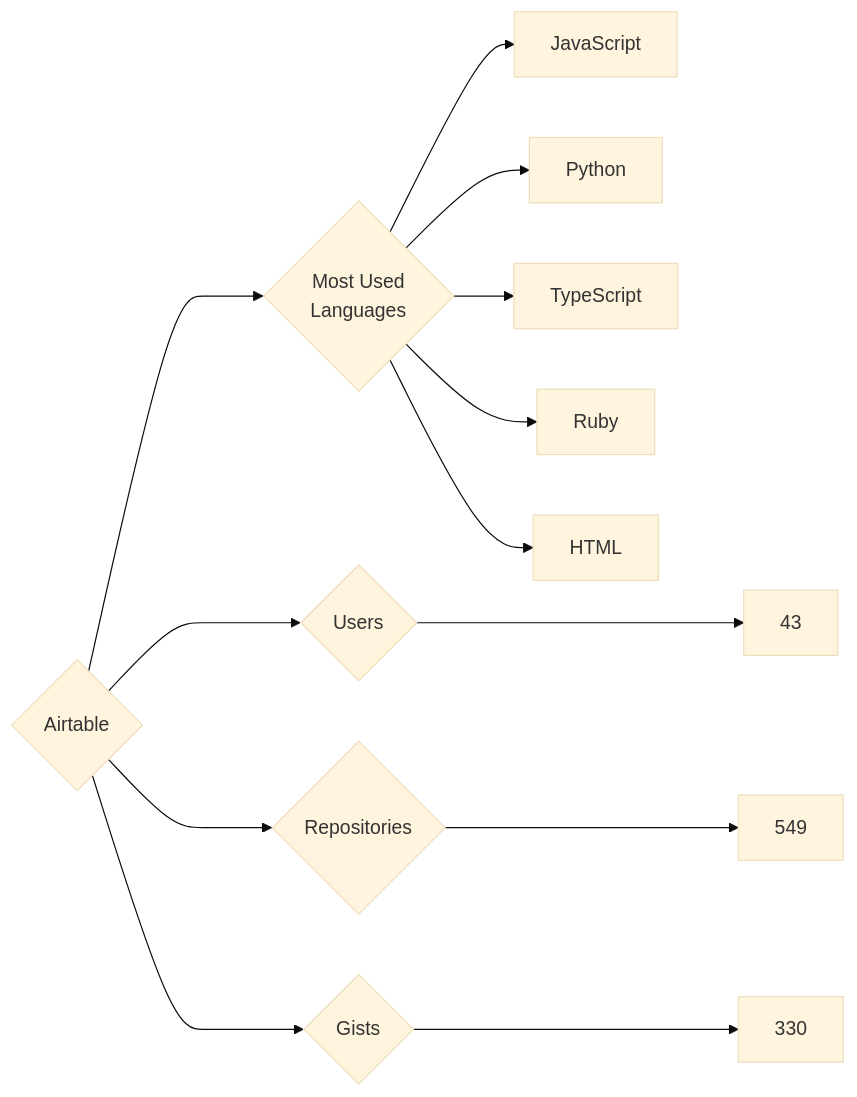
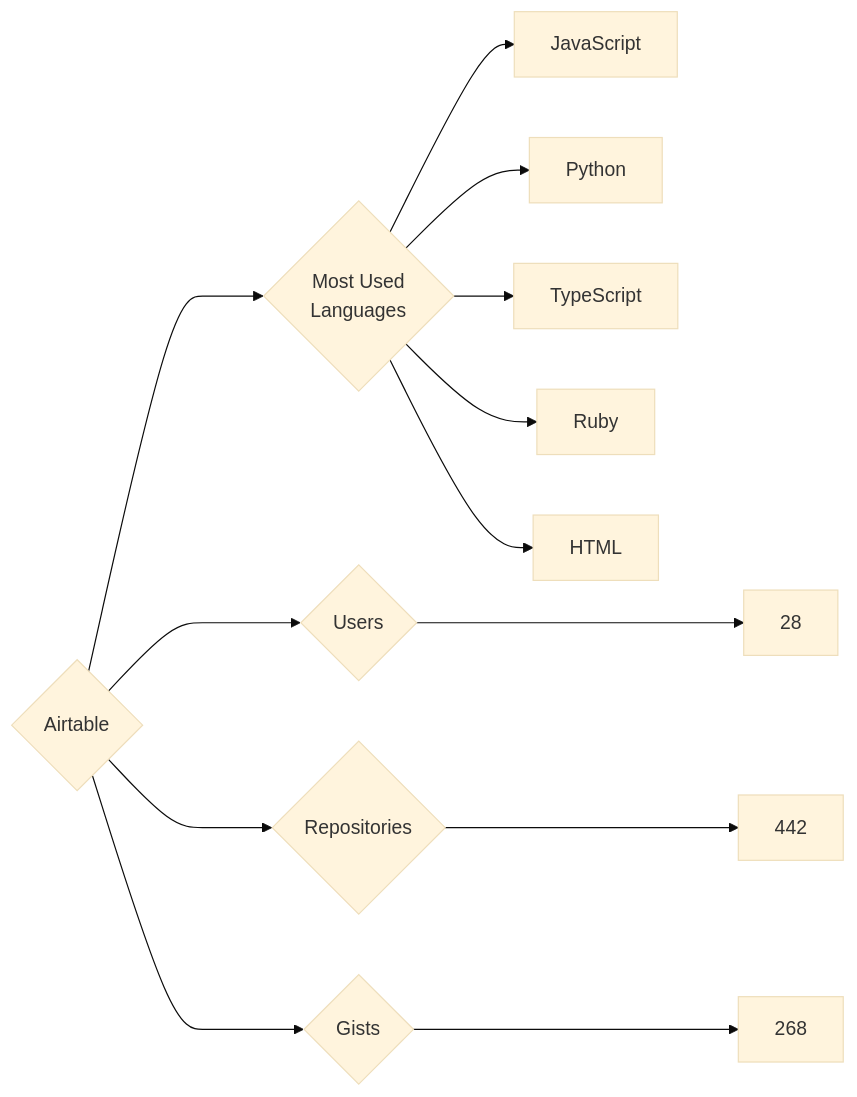
The diagram in targets/Airtable/README.md (trickest/insiders), drawn with Mermaid (base theme) before and after one commit. The commit also changed 715 other files, not shown here.

````diff
--- a/targets/Airtable/README.md
+++ b/targets/Airtable/README.md
@@ -3,13 +3,13 @@
 ```mermaid
 graph LR
 COMPANY_NAME{Airtable}
-COMPANY_NAME ---> U{Users} ---> UN[43]
-COMPANY_NAME ---> R{Repositories} ---> RN[549]
-COMPANY_NAME ---> G{Gists} ---> GN[330]
+COMPANY_NAME ---> U{Users} ---> UN[28]
+COMPANY_NAME ---> R{Repositories} ---> RN[442]
+COMPANY_NAME ---> G{Gists} ---> GN[268]
 COMPANY_NAME ---> ML{Most Used<br>Languages}
 ML --> JavaScript[JavaScript]
 ML --> Python[Python]
 ML --> TypeScript[TypeScript]
 ML --> Ruby[Ruby]
 ML --> HTML[HTML]
 ```
````
